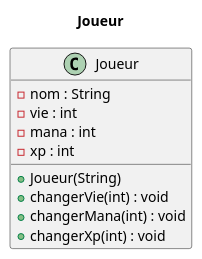
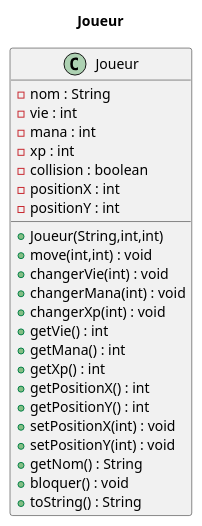
The diagram in documents/version_1/iteration_1/fonctionnalite_2.wsd (JeuFore/2020_COO_Zeldiablo_chastin3u_kieffe183u_chapell22u), drawn with PlantUML before and after one commit. The commit also changed 1 other file, not shown here.

```diff
--- a/documents/version_1/iteration_1/fonctionnalite_2.wsd
+++ b/documents/version_1/iteration_1/fonctionnalite_2.wsd
@@ -1,16 +1,30 @@
 @startuml
 
 title Joueur
 
 class Joueur {
     - nom : String
     - vie : int
     - mana : int
     - xp : int
-    + Joueur(String)
+    - collision : boolean
+    - positionX : int 
+    - positionY : int
+    + Joueur(String,int,int)
+    + move(int,int) : void
     + changerVie(int) : void
     + changerMana(int) : void
     + changerXp(int) : void
+    + getVie() : int
+    + getMana() : int
+    + getXp() : int
+    + getPositionX() : int
+    + getPositionY() : int 
+    + setPositionX(int) : void
+    + setPositionY(int) : void
+    + getNom() : String
+    + bloquer() : void
+    + toString() : String
 }
 
 @enduml
```
